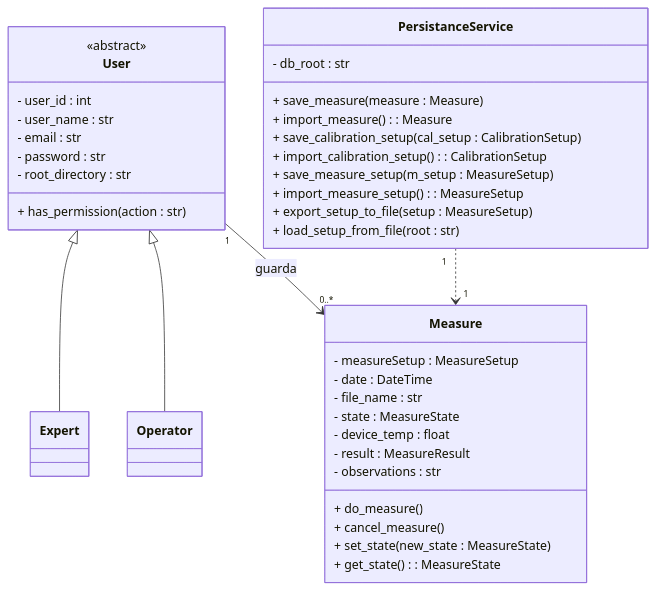
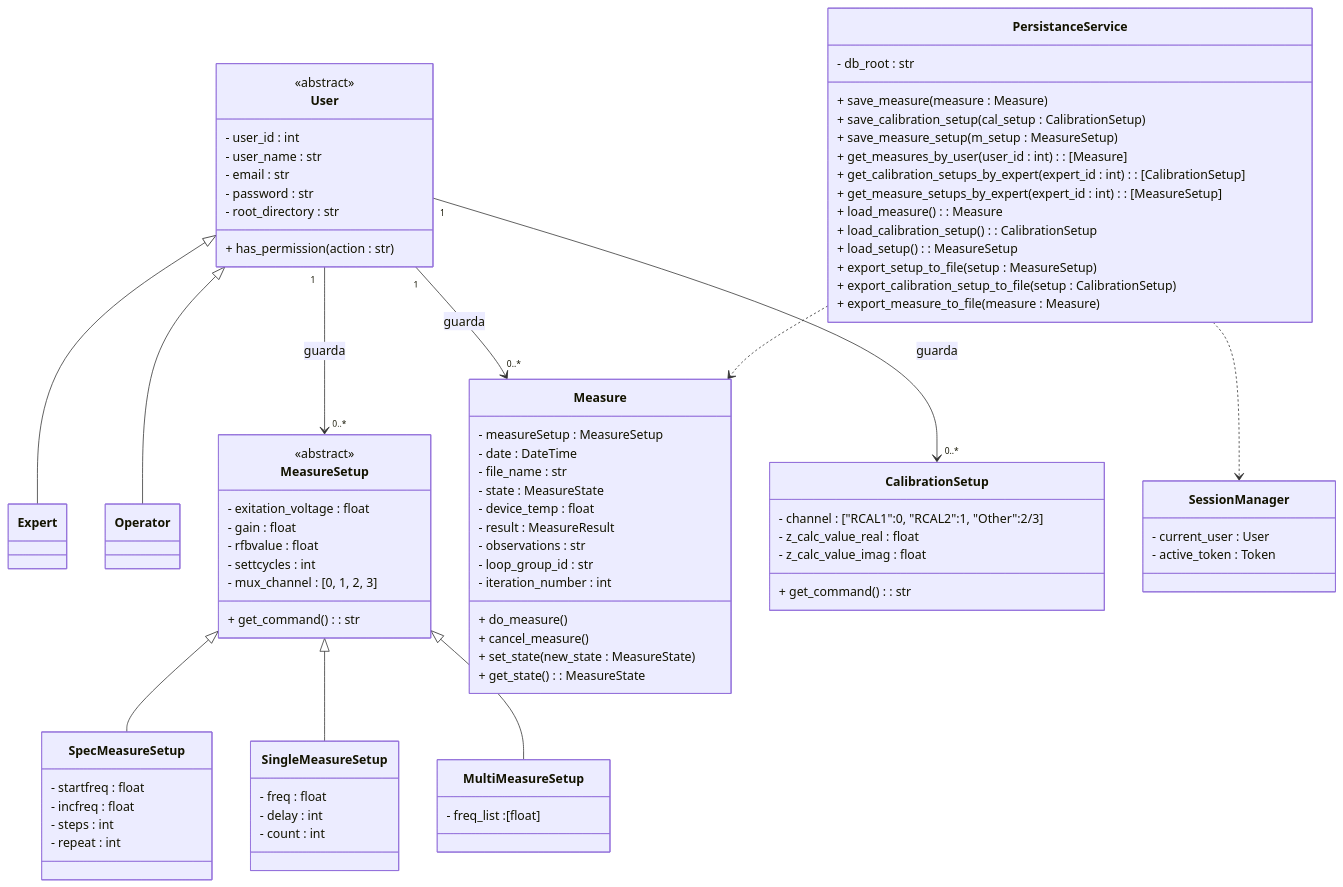
Before and after one commit to alegrelias/Repo-GMini: diagram 17 of 22 in Gmini-MarkDown/Guanaco Mini.md, drawn with Mermaid. The commit also changed other lines of this file and 3 other files, not shown here.

````diff
--- a/Gmini-MarkDown/Guanaco Mini.md
+++ b/Gmini-MarkDown/Guanaco Mini.md
@@ -1619,6 +1728,10 @@
 %% jerarquias
 User <|-- Expert
 User <|-- Operator
+
+MeasureSetup <|-- SpecMeasureSetup
+MeasureSetup <|-- SingleMeasureSetup
+MeasureSetup <|-- MultiMeasureSetup
 
 %% clases
 class User {
@@ -1635,7 +1748,6 @@
 
 }
 class Expert{
-
 }
 
 class Measure {
@@ -1646,26 +1758,75 @@
 	- device_temp : float
 	- result : MeasureResult
 	- observations : str
+	- loop_group_id : str
+	- iteration_number : int
 	+ do_measure()
 	+ cancel_measure()
 	+ set_state(new_state : MeasureState)
 	+ get_state() : MeasureState
 }
 
+class MeasureSetup {
+		<<abstract>>
+		- exitation_voltage : float
+		- gain : float
+		- rfbvalue : float
+		- settcycles : int
+		- mux_channel : [0, 1, 2, 3]
+		+ get_command() : str
+}
+class SpecMeasureSetup{
+	- startfreq : float
+	- incfreq : float
+	- steps : int
+	- repeat : int
+}
+class SingleMeasureSetup{
+	- freq : float
+	- delay : int
+	- count : int
+}
+class MultiMeasureSetup{
+	- freq_list :[float]
+}
+
+class CalibrationSetup{
+	- channel : ["RCAL1":0, "RCAL2":1, "Other":2/3]
+	- z_calc_value_real : float
+	- z_calc_value_imag : float
+	+ get_command() : str
+}
+
 class PersistanceService{
 	- db_root : str
+	  
+	%% operaciones en db
 	+ save_measure(measure : Measure)
-	+ import_measure() : Measure
 	+ save_calibration_setup(cal_setup : CalibrationSetup)
-	+ import_calibration_setup() : CalibrationSetup
 	+ save_measure_setup(m_setup : MeasureSetup)
-	+ import_measure_setup() : MeasureSetup
+	+ get_measures_by_user(user_id : int) : [Measure]
+	+ get_calibration_setups_by_expert(expert_id : int) : [CalibrationSetup]
+	+ get_measure_setups_by_expert(expert_id : int) : [MeasureSetup]
+	  
+	%% operaciones en archivos
+	+ load_measure() : Measure
+	+ load_calibration_setup() : CalibrationSetup
+	+ load_setup() : MeasureSetup
 	+ export_setup_to_file(setup : MeasureSetup)
-	+ load_setup_from_file(root : str)
+	+ export_calibration_setup_to_file(setup : CalibrationSetup)
+	+ export_measure_to_file(measure : Measure)
+}
+
+class SessionManager{
+	- current_user : User
+	- active_token : Token
 }
 
 %% relaciones
 User "1"-->"0..*" Measure : guarda
+User "1"-->"0..*" MeasureSetup : guarda
+User "1"-->"0..*" CalibrationSetup : guarda
 
-PersistanceService "1"..>"1" Measure
+PersistanceService ..> Measure
+PersistanceService ..> SessionManager
 ```
````
